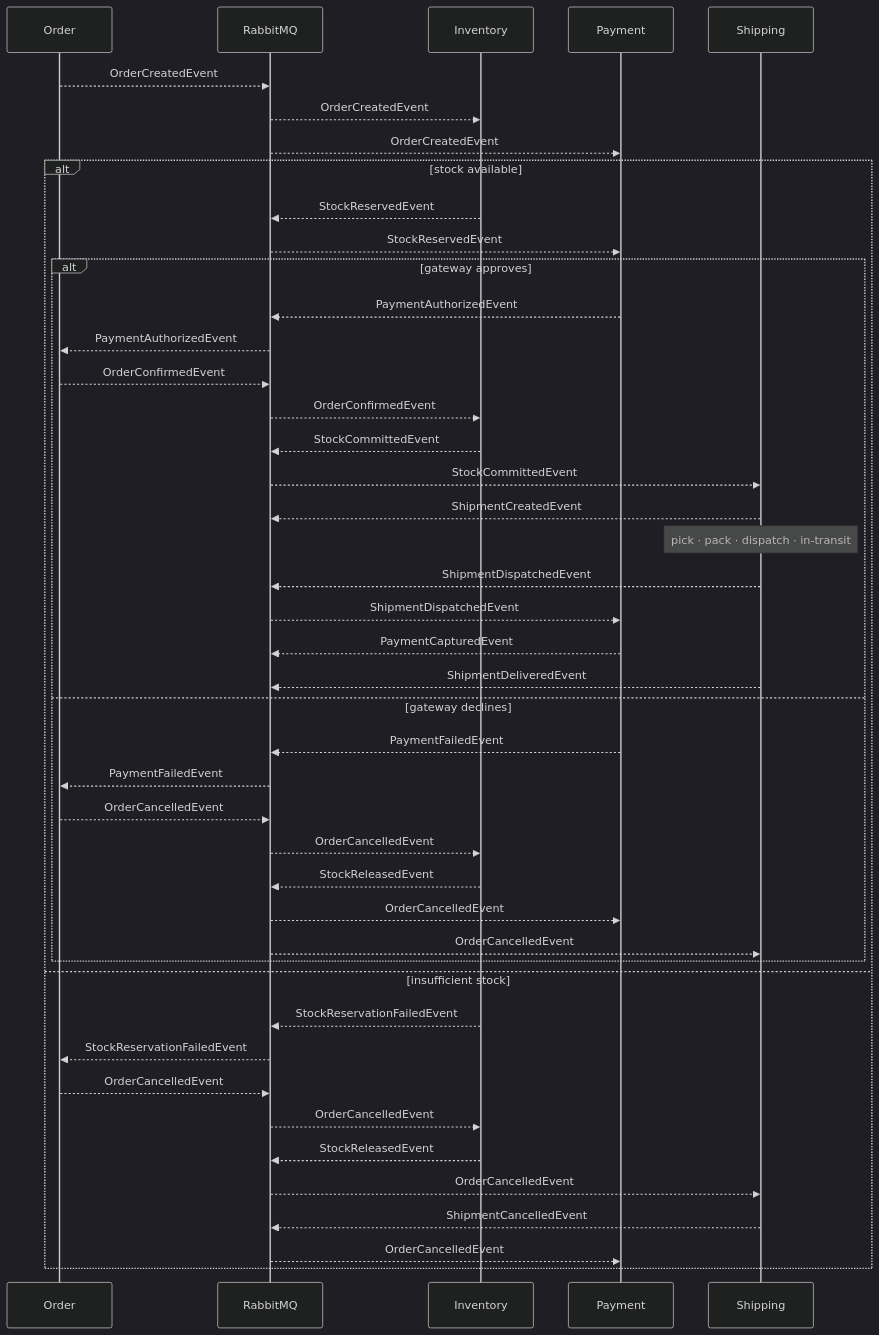
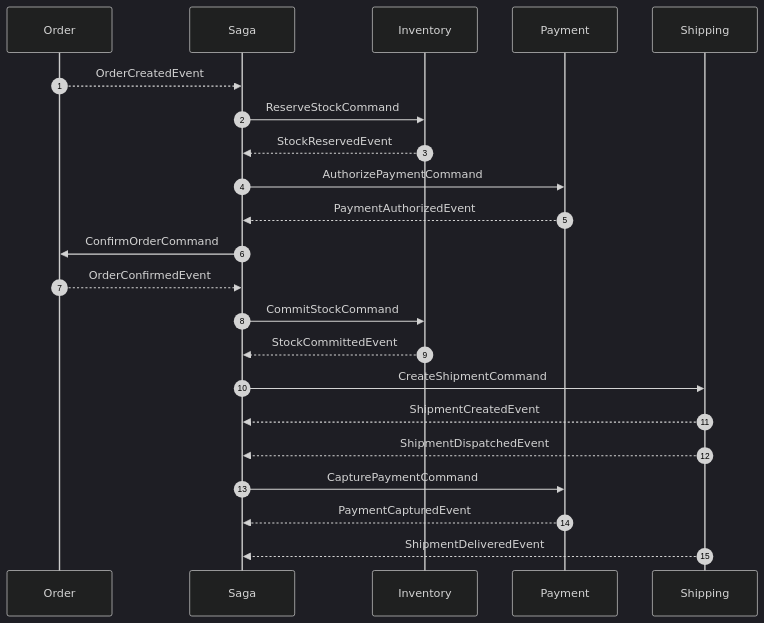
One commit to daonhan/Microservices-in-.NET changed the diagram in docs/wiki/Integration-Events.md. Above: the diagram before and after it, drawn with Mermaid (dark theme). The commit also changed other lines of this file and 18 other files, not shown here.

First line of the commit message:
docs(saga): orchestrator-led sequence + command catalog (Phase 3) [#141]

````diff
--- a/docs/wiki/Integration-Events.md
+++ b/docs/wiki/Integration-Events.md
@@ -36,47 +54,24 @@
 ```mermaid
 sequenceDiagram
-    participant Order
-    participant Bus as RabbitMQ
-    participant Inventory
-    participant Payment
-    participant Shipping
-
-    Order-->>Bus: OrderCreatedEvent
-    Bus-->>Inventory: OrderCreatedEvent
-    Bus-->>Payment: OrderCreatedEvent
-    alt stock available
-        Inventory-->>Bus: StockReservedEvent
-        Bus-->>Payment: StockReservedEvent
-        alt gateway approves
-            Payment-->>Bus: PaymentAuthorizedEvent
-            Bus-->>Order: PaymentAuthorizedEvent
-            Order-->>Bus: OrderConfirmedEvent
-            Bus-->>Inventory: OrderConfirmedEvent
-            Inventory-->>Bus: StockCommittedEvent
-            Bus-->>Shipping: StockCommittedEvent
-            Shipping-->>Bus: ShipmentCreatedEvent
-            Note over Shipping: pick · pack · dispatch · in-transit
-            Shipping-->>Bus: ShipmentDispatchedEvent
-            Bus-->>Payment: ShipmentDispatchedEvent
-            Payment-->>Bus: PaymentCapturedEvent
-            Shipping-->>Bus: ShipmentDeliveredEvent
-        else gateway declines
-            Payment-->>Bus: PaymentFailedEvent
-            Bus-->>Order: PaymentFailedEvent
-            Order-->>Bus: OrderCancelledEvent
-            Bus-->>Inventory: OrderCancelledEvent
-            Inventory-->>Bus: StockReleasedEvent
-            Bus-->>Payment: OrderCancelledEvent
-            Bus-->>Shipping: OrderCancelledEvent
-        end
-    else insufficient stock
-        Inventory-->>Bus: StockReservationFailedEvent
-        Bus-->>Order: StockReservationFailedEvent
-        Order-->>Bus: OrderCancelledEvent
-        Bus-->>Inventory: OrderCancelledEvent
-        Inventory-->>Bus: StockReleasedEvent
-        Bus-->>Shipping: OrderCancelledEvent
-        Shipping-->>Bus: ShipmentCancelledEvent
-        Bus-->>Payment: OrderCancelledEvent
-    end
+    autonumber
+    participant O as Order
+    participant Sg as Saga
+    participant I as Inventory
+    participant P as Payment
+    participant Sh as Shipping
+    O-->>Sg: OrderCreatedEvent
+    Sg->>I: ReserveStockCommand
+    I-->>Sg: StockReservedEvent
+    Sg->>P: AuthorizePaymentCommand
+    P-->>Sg: PaymentAuthorizedEvent
+    Sg->>O: ConfirmOrderCommand
+    O-->>Sg: OrderConfirmedEvent
+    Sg->>I: CommitStockCommand
+    I-->>Sg: StockCommittedEvent
+    Sg->>Sh: CreateShipmentCommand
+    Sh-->>Sg: ShipmentCreatedEvent
+    Sh-->>Sg: ShipmentDispatchedEvent
+    Sg->>P: CapturePaymentCommand
+    P-->>Sg: PaymentCapturedEvent
+    Sh-->>Sg: ShipmentDeliveredEvent
 ```
````
